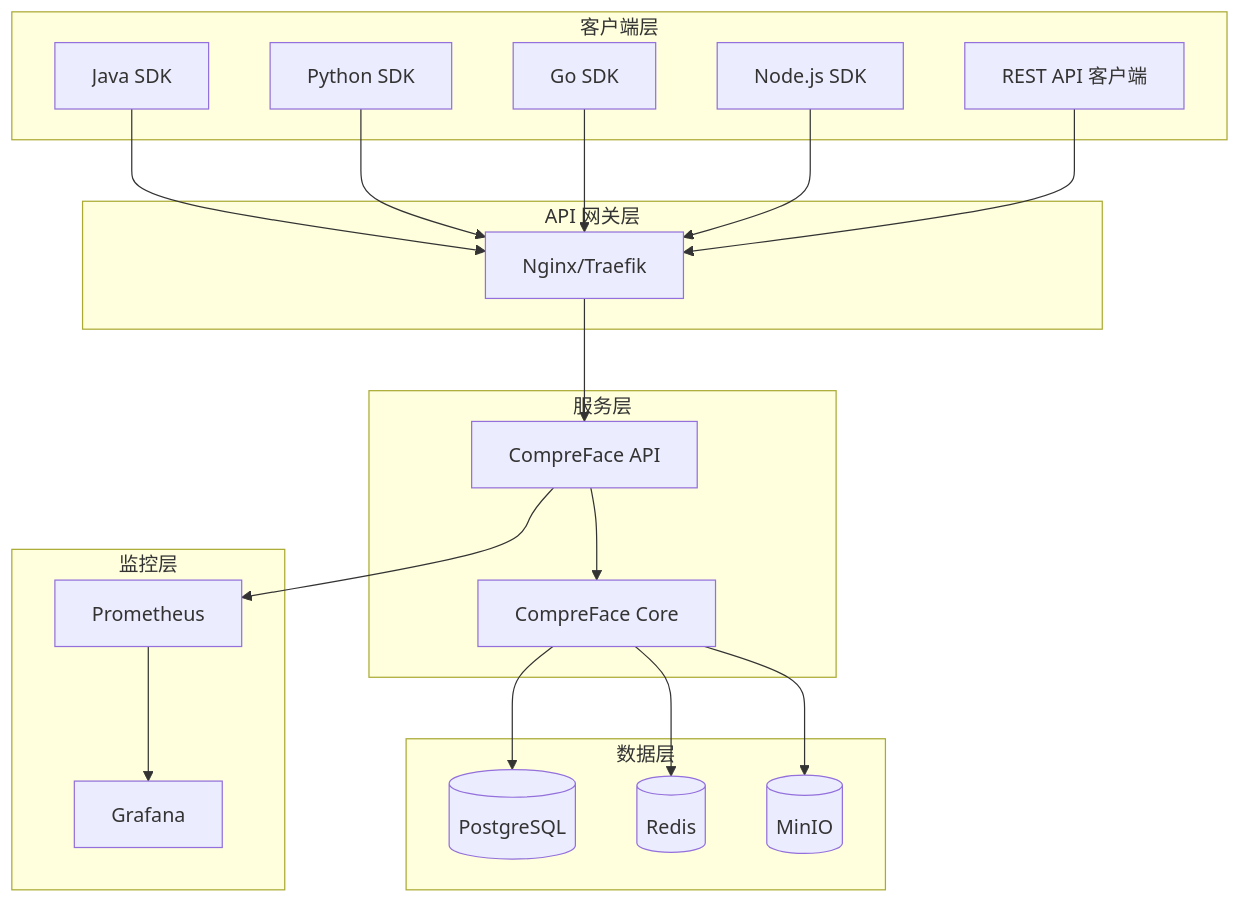
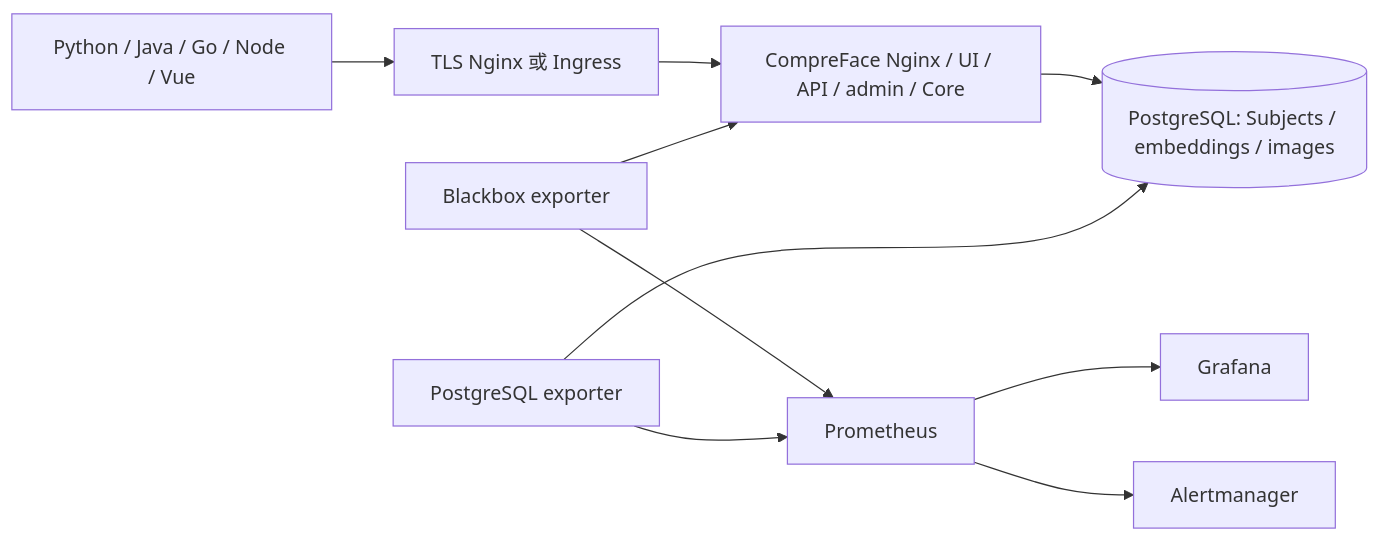
The diagram in docs/architecture.md (Binghuai-Yan/face-recognition-sdk), drawn with Mermaid before and after one commit. The commit also changed other lines of this file and 113 other files, not shown here.

First line of the commit message:
Fix CompreFace integrations and validate SDKs and deployments

````diff
--- a/docs/architecture.md
+++ b/docs/architecture.md
@@ -5,43 +3,12 @@
 ```mermaid
-graph TB
-    subgraph "客户端层"
-        A[Java SDK]
-        B[Python SDK]
-        C[Go SDK]
-        D[Node.js SDK]
-        E[REST API 客户端]
-    end
-
-    subgraph "API 网关层"
-        F[Nginx/Traefik]
-    end
-
-    subgraph "服务层"
-        G[CompreFace API]
-        H[CompreFace Core]
-    end
-
-    subgraph "数据层"
-        I[(PostgreSQL)]
-        J[(Redis)]
-        K[(MinIO)]
-    end
-
-    subgraph "监控层"
-        L[Prometheus]
-        M[Grafana]
-    end
-
-    A --> F
-    B --> F
-    C --> F
-    D --> F
-    E --> F
-    F --> G
-    G --> H
-    H --> I
-    H --> J
-    H --> K
-    G --> L
-    L --> M
+flowchart LR
+  Clients[Python / Java / Go / Node / Vue] --> Gateway[TLS Nginx 或 Ingress]
+  Gateway --> Bundle[CompreFace Nginx / UI / API / admin / Core]
+  Bundle --> PG[(PostgreSQL: Subjects / embeddings / images)]
+  Probe[Blackbox exporter] --> Bundle
+  PGExporter[PostgreSQL exporter] --> PG
+  Probe --> Prometheus
+  PGExporter --> Prometheus
+  Prometheus --> Grafana
+  Prometheus --> Alertmanager
 ```
````
